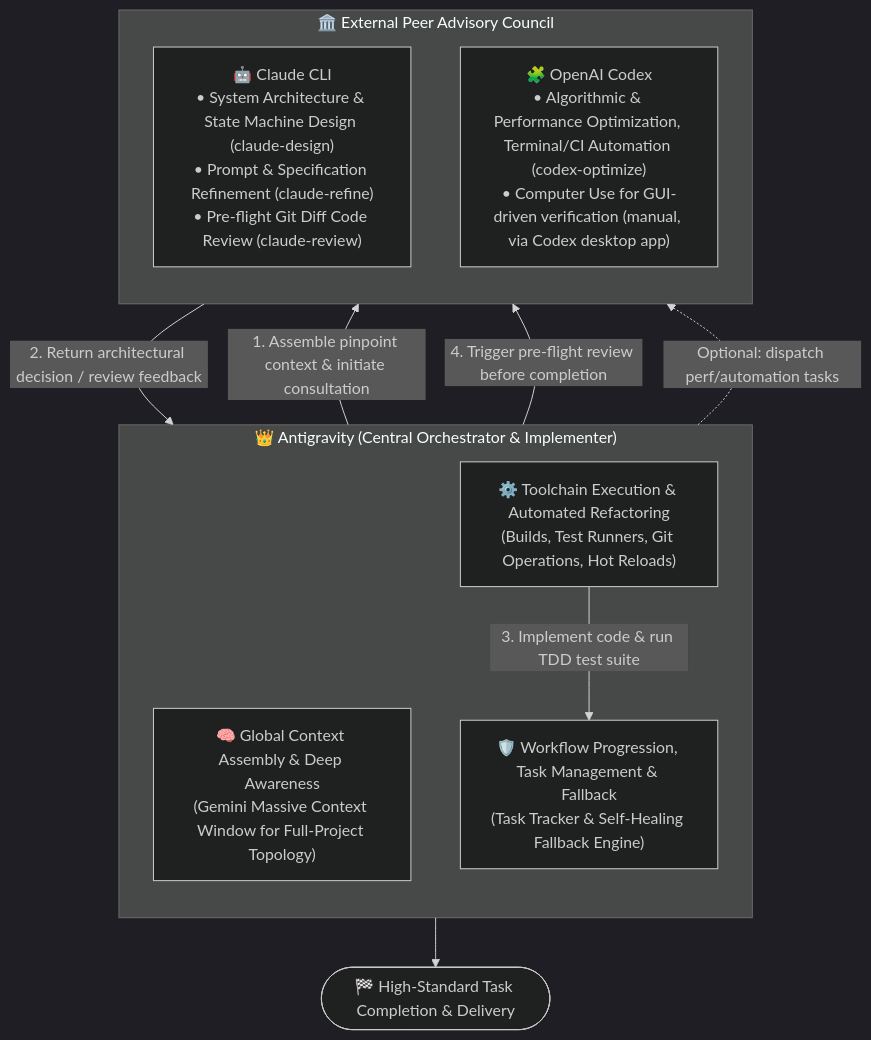
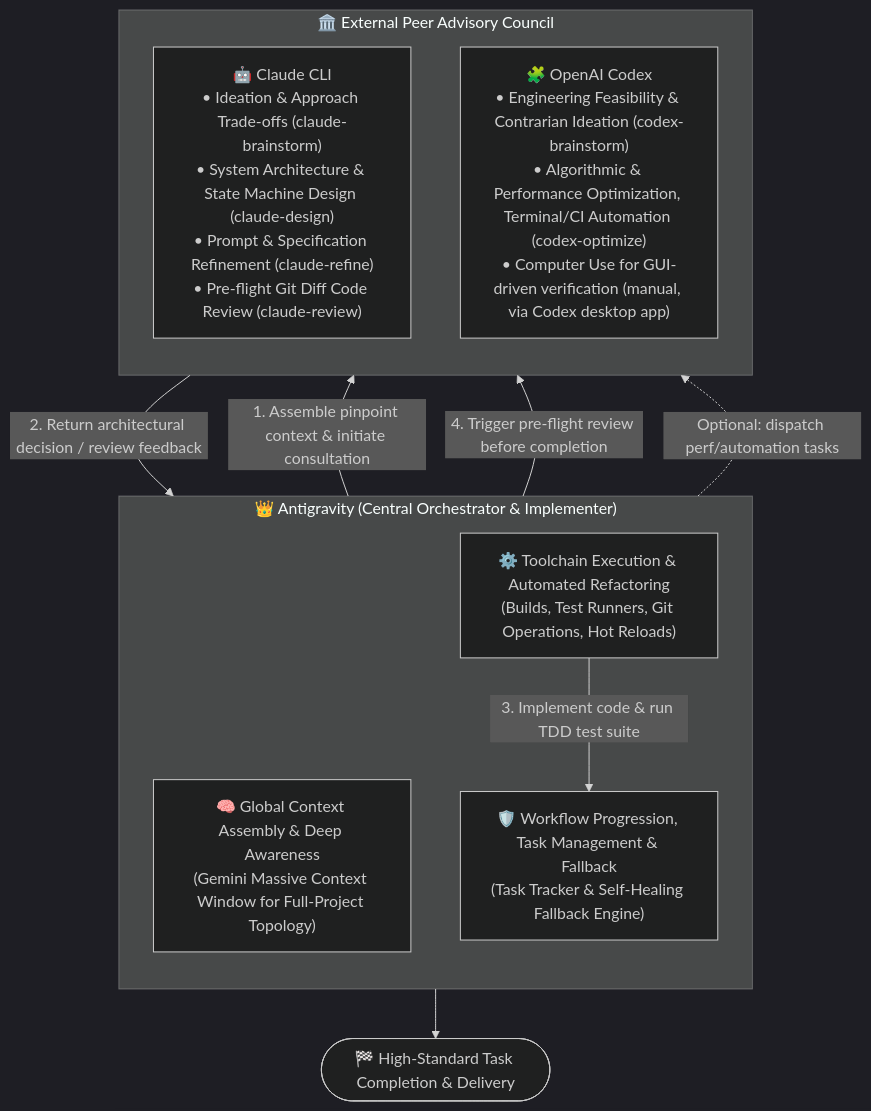
The first of 2 diagrams in README.md (gogog22510/agent-collaborator), drawn with Mermaid (dark theme) before and after one commit. The commit also changed other lines of this file and 11 other files, not shown here.

Commit message:
feat: add claude-brainstorm and codex-brainstorm tools, fix rate-limit false fallback, update templates and docs

````diff
--- a/README.md
+++ b/README.md
@@ -20,22 +20,22 @@
 ```mermaid
 flowchart TD
     subgraph Orchestrator["👑 Antigravity (Central Orchestrator & Implementer)"]
         direction TB
         Awareness["🧠 Global Context Assembly & Deep Awareness<br/>(Gemini Massive Context Window for Full-Project Topology)"]
         Engine["⚙️ Toolchain Execution & Automated Refactoring<br/>(Builds, Test Runners, Git Operations, Hot Reloads)"]
         Supervisor["🛡️ Workflow Progression, Task Management & Fallback<br/>(Task Tracker & Self-Healing Fallback Engine)"]
     end
 
     subgraph PeerCouncil["🏛️ External Peer Advisory Council"]
         direction TB
-        Claude["🤖 Claude CLI<br/>• System Architecture & State Machine Design (claude-design)<br/>• Prompt & Specification Refinement (claude-refine)<br/>• Pre-flight Git Diff Code Review (claude-review)"]
-        Codex["🧩 OpenAI Codex<br/>• Algorithmic & Performance Optimization, Terminal/CI Automation (codex-optimize)<br/>• Computer Use for GUI-driven verification (manual, via Codex desktop app)"]
+        Claude["🤖 Claude CLI<br/>• Ideation & Approach Trade-offs (claude-brainstorm)<br/>• System Architecture & State Machine Design (claude-design)<br/>• Prompt & Specification Refinement (claude-refine)<br/>• Pre-flight Git Diff Code Review (claude-review)"]
+        Codex["🧩 OpenAI Codex<br/>• Engineering Feasibility & Contrarian Ideation (codex-brainstorm)<br/>• Algorithmic & Performance Optimization, Terminal/CI Automation (codex-optimize)<br/>• Computer Use for GUI-driven verification (manual, via Codex desktop app)"]
     end
 
     Awareness -->|1. Assemble pinpoint context & initiate consultation| Claude
     Claude -->|2. Return architectural decision / review feedback| Engine
     Engine -->|3. Implement code & run TDD test suite| Supervisor
     Supervisor -->|4. Trigger pre-flight review before completion| Claude
     Supervisor -.->|Optional: dispatch perf/automation tasks| Codex
     Supervisor --> Done(["🏁 High-Standard Task Completion & Delivery"])
 ```
````
